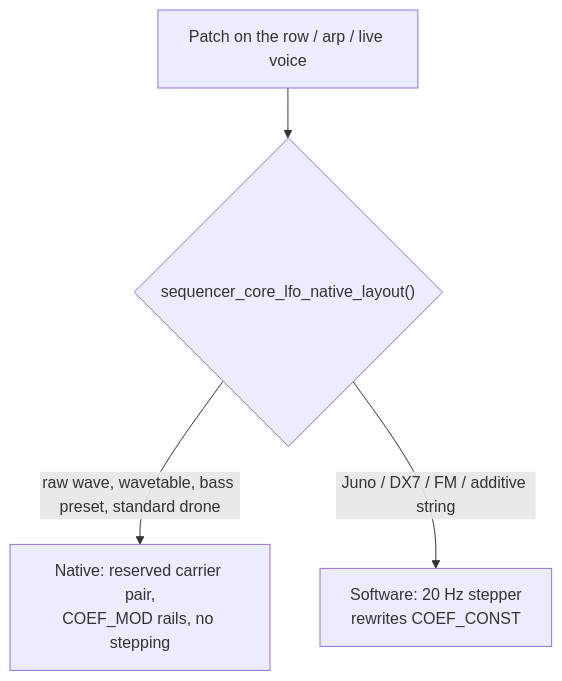
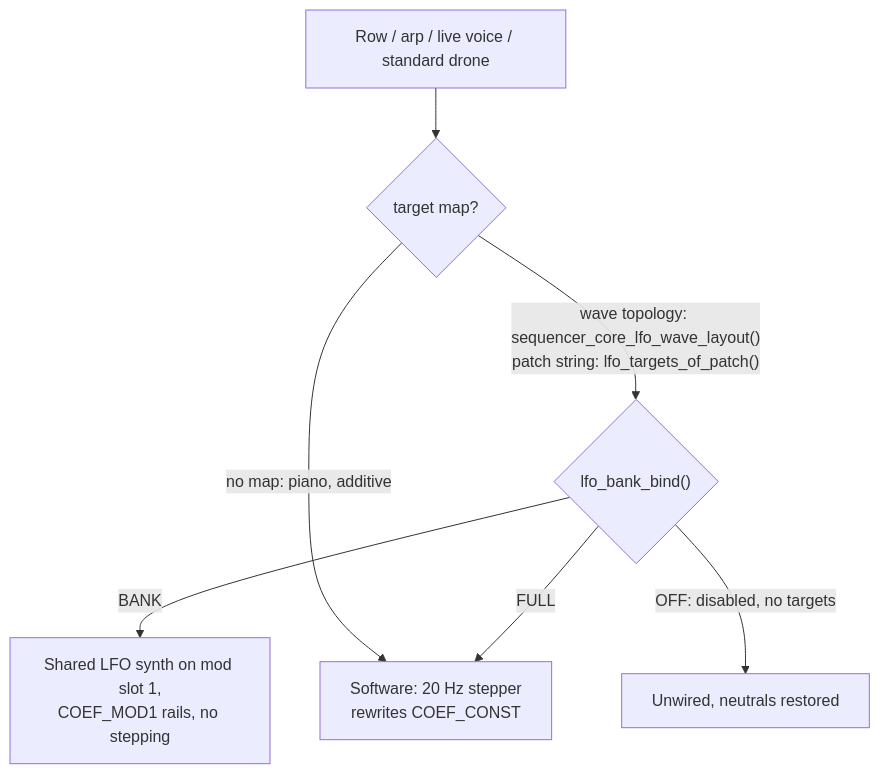
The diagram in components/synth_core/ENGINE-SEMANTICS.md (rt-rtos/S3-Amysynth), drawn with Mermaid before and after one commit. The commit also changed other lines of this file and 81 other files, not shown here.

````diff
--- a/components/synth_core/ENGINE-SEMANTICS.md
+++ b/components/synth_core/ENGINE-SEMANTICS.md
@@ -15,6 +15,9 @@
 ```mermaid
 flowchart TD
-    P["Patch on the row / arp / live voice"] --> Q{"sequencer_core_lfo_native_layout()"}
-    Q -->|"raw wave, wavetable, bass preset, standard drone"| N["Native: reserved carrier pair,<br/>COEF_MOD rails, no stepping"]
-    Q -->|"Juno / DX7 / FM / additive string"| S["Software: 20 Hz stepper<br/>rewrites COEF_CONST"]
+    C["Row / arp / live voice / standard drone"] --> M{"target map?"}
+    M -->|"wave topology: sequencer_core_lfo_wave_layout()<br/>patch string: lfo_targets_of_patch()"| B{"lfo_bank_bind()"}
+    M -->|"no map: piano, additive"| S["Software: 20 Hz stepper<br/>rewrites COEF_CONST"]
+    B -->|"BANK"| L["Shared LFO synth on mod slot 1,<br/>COEF_MOD1 rails, no stepping"]
+    B -->|"FULL"| S
+    B -->|"OFF: disabled, no targets"| O["Unwired, neutrals restored"]
 ```
````
